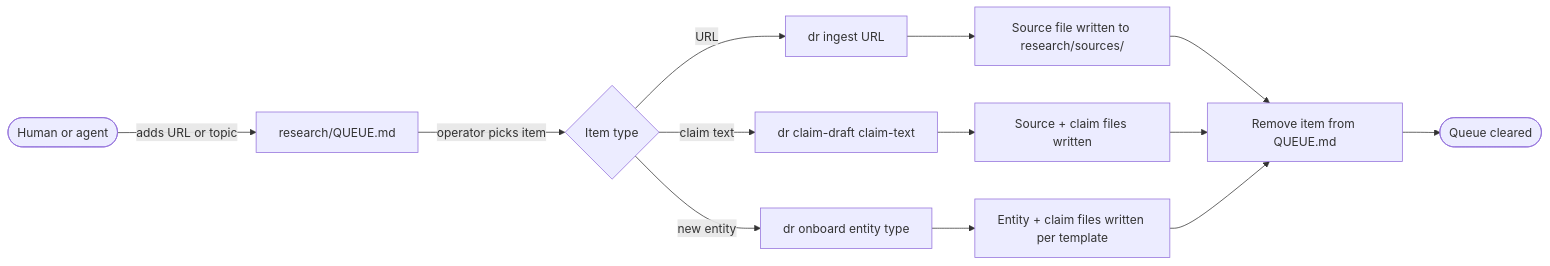
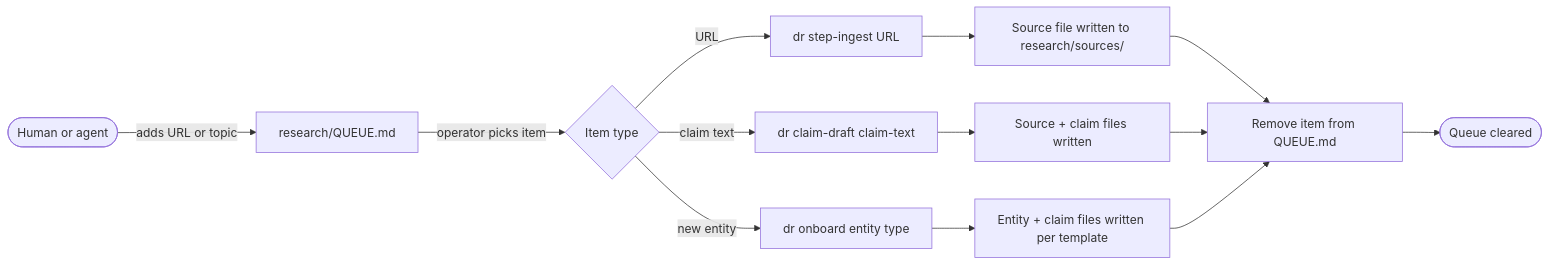
The second of 6 diagrams in docs/architecture/research-flow.md (dangerous-robot/site), drawn with Mermaid before and after one commit. The commit also changed other lines of this file and 9 other files, not shown here.

First line of the commit message:
docs(architecture): align architecture docs with shipped code

````diff
--- a/docs/architecture/research-flow.md
+++ b/docs/architecture/research-flow.md
@@ -47,15 +47,15 @@
 ```mermaid
 flowchart LR
     A([Human or agent]) -->|adds URL or topic| B[research/QUEUE.md]
     B -->|operator picks item| C{Item type}
-    C -->|URL| D[dr ingest URL]
+    C -->|URL| D[dr step-ingest URL]
     C -->|claim text| E[dr claim-draft claim-text]
     C -->|new entity| F[dr onboard entity type]
     D --> G[Source file written to research/sources/]
     E --> H[Source + claim files written]
     F --> I[Entity + claim files written per template]
     G --> J[Remove item from QUEUE.md]
     H --> J
     I --> J
     J --> K([Queue cleared])
 ```
````
